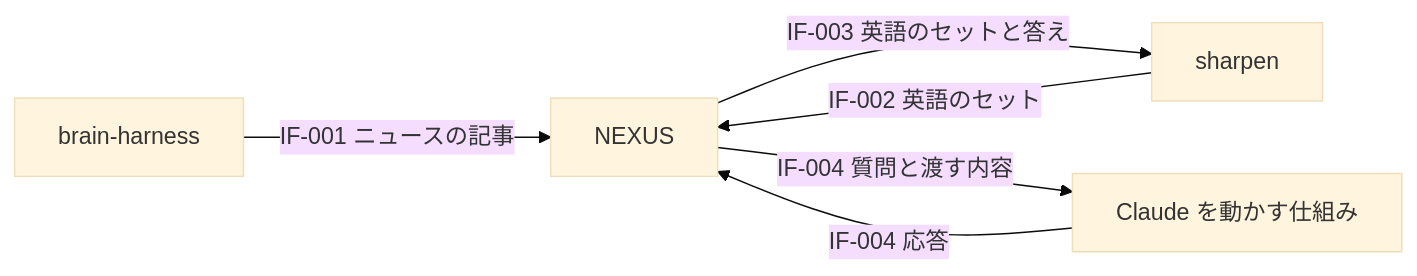
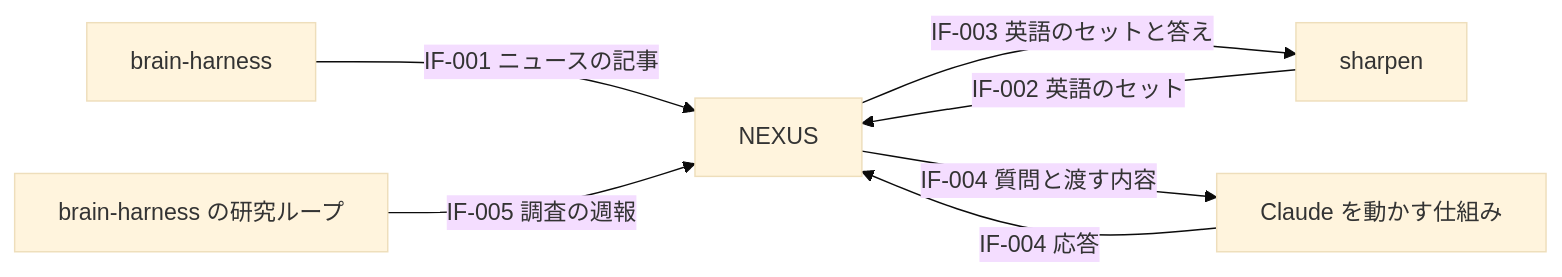
Before and after one commit to shota-urano/nexus: the diagram in docs/upstream/rd/RD-10-external-interface-requirements.md, drawn with Mermaid (base theme). The commit also changed other lines of this file and 41 other files, not shown here.

````diff
--- a/docs/upstream/rd/RD-10-external-interface-requirements.md
+++ b/docs/upstream/rd/RD-10-external-interface-requirements.md
@@ -21,8 +22,9 @@
 ```mermaid
 flowchart LR
   BH[brain-harness] -- IF-001 ニュースの記事 --> SYS[NEXUS]
   SP[sharpen] -- IF-002 英語のセット --> SYS
   SYS -- IF-003 英語のセットと答え --> SP
+  BR[brain-harness の研究ループ] -- IF-005 調査の週報 --> SYS
   SYS -- IF-004 質問と渡す内容 --> AI[Claude を動かす仕組み]
   AI -- IF-004 応答 --> SYS
 ```
````
